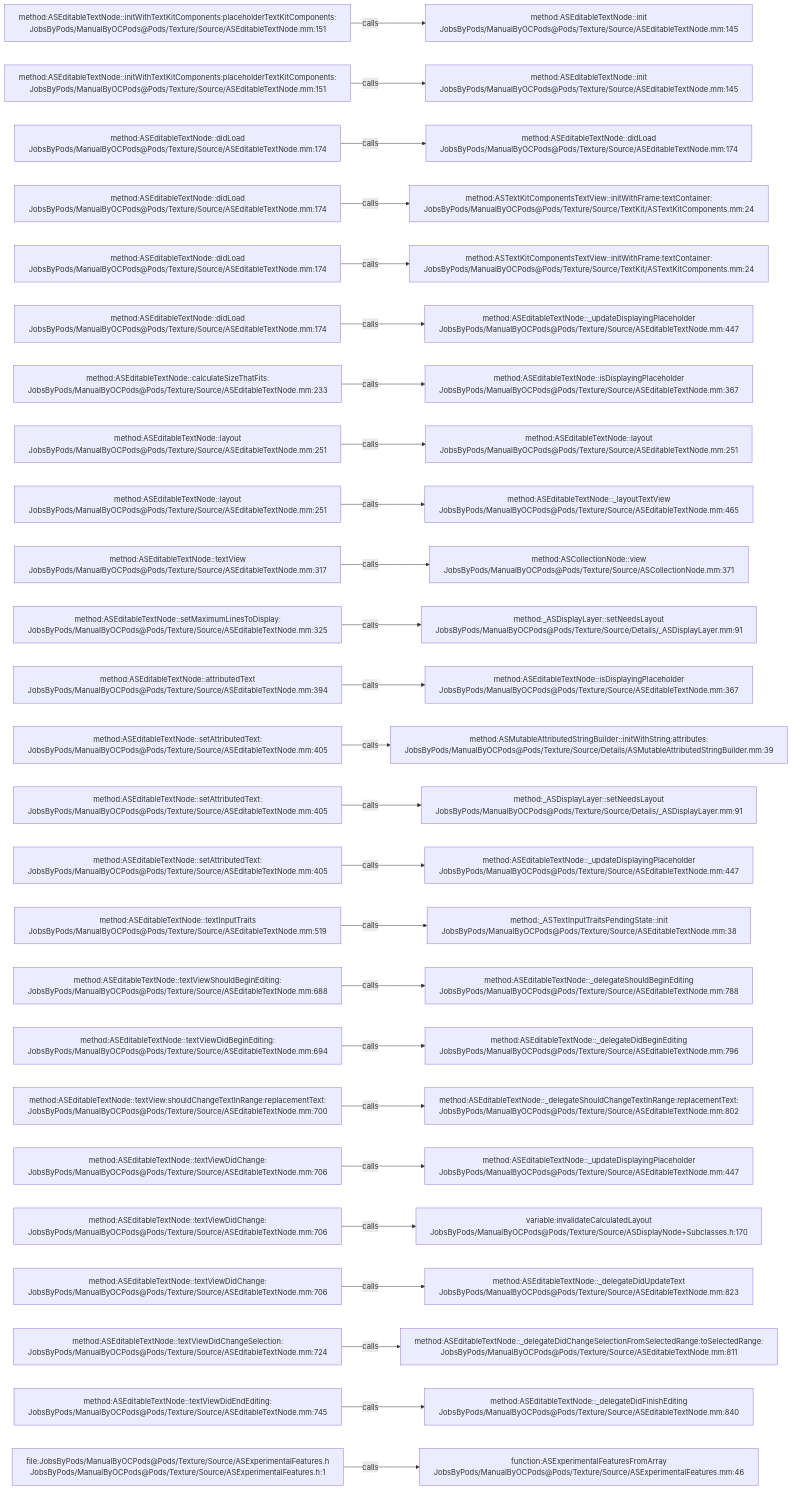
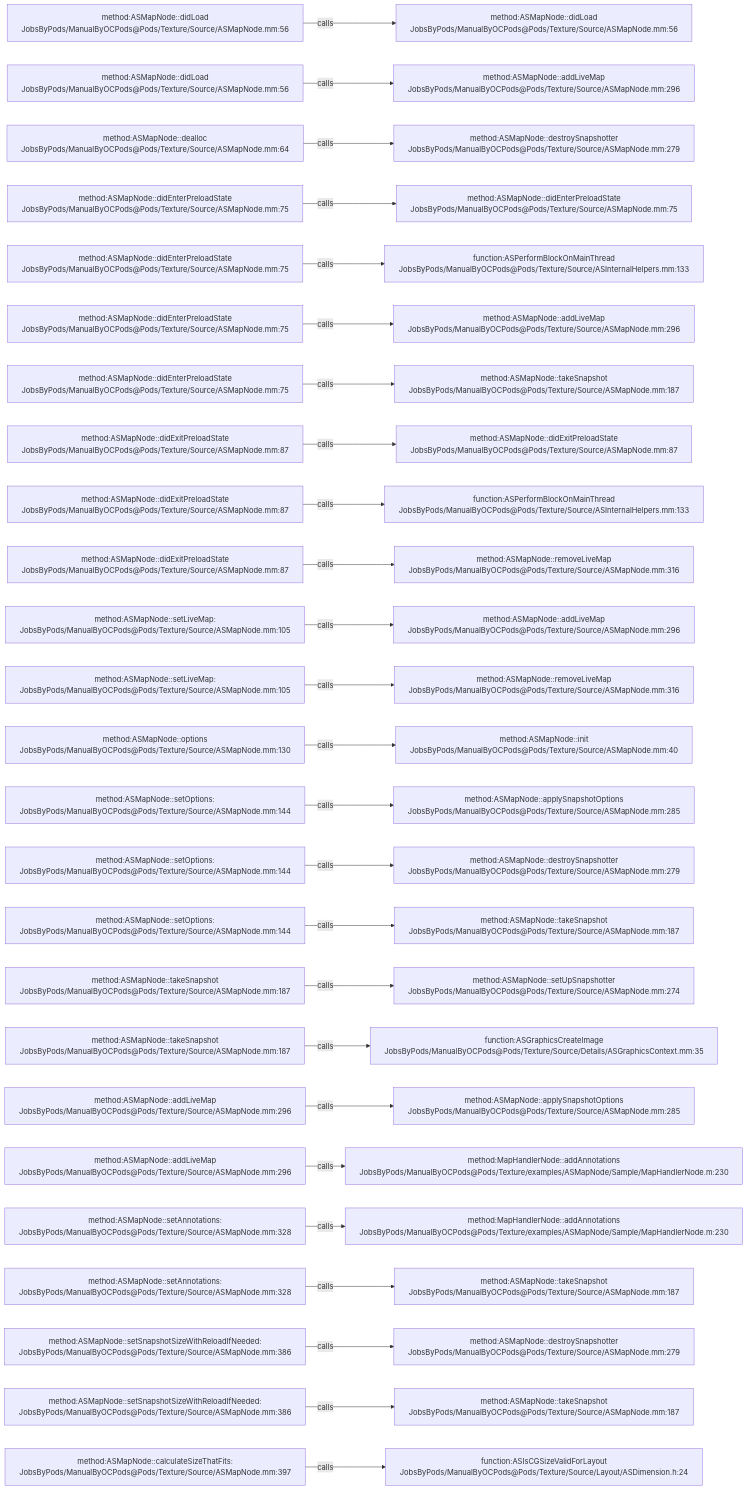
One commit to JobsKits/JobsOCBaseConfigDemo changed the diagram in .codegraph/codegraph.md/graphs/calls-115.md. Above: the diagram before and after it, drawn with Mermaid. The commit also changed 1223 other files, not shown here.

````diff
--- a/.codegraph/codegraph.md/graphs/calls-115.md
+++ b/.codegraph/codegraph.md/graphs/calls-115.md
@@ -13,78 +13,78 @@
 ```mermaid
 flowchart LR
-  S1["method:ASEditableTextNode::initWithTextKitComponents:placeholderTextKitComponents:<br/>JobsByPods/ManualByOCPods@Pods/Texture/Source/ASEditableTextNode.mm:151"]
-  T1["method:ASEditableTextNode::init<br/>JobsByPods/ManualByOCPods@Pods/Texture/Source/ASEditableTextNode.mm:145"]
+  S1["method:ASMapNode::didLoad<br/>JobsByPods/ManualByOCPods@Pods/Texture/Source/ASMapNode.mm:56"]
+  T1["method:ASMapNode::didLoad<br/>JobsByPods/ManualByOCPods@Pods/Texture/Source/ASMapNode.mm:56"]
   S1 -->|calls| T1
-  S2["method:ASEditableTextNode::initWithTextKitComponents:placeholderTextKitComponents:<br/>JobsByPods/ManualByOCPods@Pods/Texture/Source/ASEditableTextNode.mm:151"]
-  T2["method:ASEditableTextNode::init<br/>JobsByPods/ManualByOCPods@Pods/Texture/Source/ASEditableTextNode.mm:145"]
+  S2["method:ASMapNode::didLoad<br/>JobsByPods/ManualByOCPods@Pods/Texture/Source/ASMapNode.mm:56"]
+  T2["method:ASMapNode::addLiveMap<br/>JobsByPods/ManualByOCPods@Pods/Texture/Source/ASMapNode.mm:296"]
   S2 -->|calls| T2
-  S3["method:ASEditableTextNode::didLoad<br/>JobsByPods/ManualByOCPods@Pods/Texture/Source/ASEditableTextNode.mm:174"]
-  T3["method:ASEditableTextNode::didLoad<br/>JobsByPods/ManualByOCPods@Pods/Texture/Source/ASEditableTextNode.mm:174"]
+  S3["method:ASMapNode::dealloc<br/>JobsByPods/ManualByOCPods@Pods/Texture/Source/ASMapNode.mm:64"]
+  T3["method:ASMapNode::destroySnapshotter<br/>JobsByPods/ManualByOCPods@Pods/Texture/Source/ASMapNode.mm:279"]
   S3 -->|calls| T3
-  S4["method:ASEditableTextNode::didLoad<br/>JobsByPods/ManualByOCPods@Pods/Texture/Source/ASEditableTextNode.mm:174"]
-  T4["method:ASTextKitComponentsTextView::initWithFrame:textContainer:<br/>JobsByPods/ManualByOCPods@Pods/Texture/Source/TextKit/ASTextKitComponents.mm:24"]
+  S4["method:ASMapNode::didEnterPreloadState<br/>JobsByPods/ManualByOCPods@Pods/Texture/Source/ASMapNode.mm:75"]
+  T4["method:ASMapNode::didEnterPreloadState<br/>JobsByPods/ManualByOCPods@Pods/Texture/Source/ASMapNode.mm:75"]
   S4 -->|calls| T4
-  S5["method:ASEditableTextNode::didLoad<br/>JobsByPods/ManualByOCPods@Pods/Texture/Source/ASEditableTextNode.mm:174"]
-  T5["method:ASTextKitComponentsTextView::initWithFrame:textContainer:<br/>JobsByPods/ManualByOCPods@Pods/Texture/Source/TextKit/ASTextKitComponents.mm:24"]
+  S5["method:ASMapNode::didEnterPreloadState<br/>JobsByPods/ManualByOCPods@Pods/Texture/Source/ASMapNode.mm:75"]
+  T5["function:ASPerformBlockOnMainThread<br/>JobsByPods/ManualByOCPods@Pods/Texture/Source/ASInternalHelpers.mm:133"]
   S5 -->|calls| T5
-  S6["method:ASEditableTextNode::didLoad<br/>JobsByPods/ManualByOCPods@Pods/Texture/Source/ASEditableTextNode.mm:174"]
-  T6["method:ASEditableTextNode::_updateDisplayingPlaceholder<br/>JobsByPods/ManualByOCPods@Pods/Texture/Source/ASEditableTextNode.mm:447"]
+  S6["method:ASMapNode::didEnterPreloadState<br/>JobsByPods/ManualByOCPods@Pods/Texture/Source/ASMapNode.mm:75"]
+  T6["method:ASMapNode::addLiveMap<br/>JobsByPods/ManualByOCPods@Pods/Texture/Source/ASMapNode.mm:296"]
   S6 -->|calls| T6
-  S7["method:ASEditableTextNode::calculateSizeThatFits:<br/>JobsByPods/ManualByOCPods@Pods/Texture/Source/ASEditableTextNode.mm:233"]
-  T7["method:ASEditableTextNode::isDisplayingPlaceholder<br/>JobsByPods/ManualByOCPods@Pods/Texture/Source/ASEditableTextNode.mm:367"]
+  S7["method:ASMapNode::didEnterPreloadState<br/>JobsByPods/ManualByOCPods@Pods/Texture/Source/ASMapNode.mm:75"]
+  T7["method:ASMapNode::takeSnapshot<br/>JobsByPods/ManualByOCPods@Pods/Texture/Source/ASMapNode.mm:187"]
   S7 -->|calls| T7
-  S8["method:ASEditableTextNode::layout<br/>JobsByPods/ManualByOCPods@Pods/Texture/Source/ASEditableTextNode.mm:251"]
-  T8["method:ASEditableTextNode::layout<br/>JobsByPods/ManualByOCPods@Pods/Texture/Source/ASEditableTextNode.mm:251"]
+  S8["method:ASMapNode::didExitPreloadState<br/>JobsByPods/ManualByOCPods@Pods/Texture/Source/ASMapNode.mm:87"]
+  T8["method:ASMapNode::didExitPreloadState<br/>JobsByPods/ManualByOCPods@Pods/Texture/Source/ASMapNode.mm:87"]
   S8 -->|calls| T8
-  S9["method:ASEditableTextNode::layout<br/>JobsByPods/ManualByOCPods@Pods/Texture/Source/ASEditableTextNode.mm:251"]
-  T9["method:ASEditableTextNode::_layoutTextView<br/>JobsByPods/ManualByOCPods@Pods/Texture/Source/ASEditableTextNode.mm:465"]
+  S9["method:ASMapNode::didExitPreloadState<br/>JobsByPods/ManualByOCPods@Pods/Texture/Source/ASMapNode.mm:87"]
+  T9["function:ASPerformBlockOnMainThread<br/>JobsByPods/ManualByOCPods@Pods/Texture/Source/ASInternalHelpers.mm:133"]
   S9 -->|calls| T9
-  S10["method:ASEditableTextNode::textView<br/>JobsByPods/ManualByOCPods@Pods/Texture/Source/ASEditableTextNode.mm:317"]
-  T10["method:ASCollectionNode::view<br/>JobsByPods/ManualByOCPods@Pods/Texture/Source/ASCollectionNode.mm:371"]
+  S10["method:ASMapNode::didExitPreloadState<br/>JobsByPods/ManualByOCPods@Pods/Texture/Source/ASMapNode.mm:87"]
+  T10["method:ASMapNode::removeLiveMap<br/>JobsByPods/ManualByOCPods@Pods/Texture/Source/ASMapNode.mm:316"]
   S10 -->|calls| T10
-  S11["method:ASEditableTextNode::setMaximumLinesToDisplay:<br/>JobsByPods/ManualByOCPods@Pods/Texture/Source/ASEditableTextNode.mm:325"]
-  T11["method:_ASDisplayLayer::setNeedsLayout<br/>JobsByPods/ManualByOCPods@Pods/Texture/Source/Details/_ASDisplayLayer.mm:91"]
+  S11["method:ASMapNode::setLiveMap:<br/>JobsByPods/ManualByOCPods@Pods/Texture/Source/ASMapNode.mm:105"]
+  T11["method:ASMapNode::addLiveMap<br/>JobsByPods/ManualByOCPods@Pods/Texture/Source/ASMapNode.mm:296"]
   S11 -->|calls| T11
-  S12["method:ASEditableTextNode::attributedText<br/>JobsByPods/ManualByOCPods@Pods/Texture/Source/ASEditableTextNode.mm:394"]
-  T12["method:ASEditableTextNode::isDisplayingPlaceholder<br/>JobsByPods/ManualByOCPods@Pods/Texture/Source/ASEditableTextNode.mm:367"]
+  S12["method:ASMapNode::setLiveMap:<br/>JobsByPods/ManualByOCPods@Pods/Texture/Source/ASMapNode.mm:105"]
+  T12["method:ASMapNode::removeLiveMap<br/>JobsByPods/ManualByOCPods@Pods/Texture/Source/ASMapNode.mm:316"]
   S12 -->|calls| T12
-  S13["method:ASEditableTextNode::setAttributedText:<br/>JobsByPods/ManualByOCPods@Pods/Texture/Source/ASEditableTextNode.mm:405"]
-  T13["method:ASMutableAttributedStringBuilder::initWithString:attributes:<br/>JobsByPods/ManualByOCPods@Pods/Texture/Source/Details/ASMutableAttributedStringBuilder.mm:39"]
+  S13["method:ASMapNode::options<br/>JobsByPods/ManualByOCPods@Pods/Texture/Source/ASMapNode.mm:130"]
+  T13["method:ASMapNode::init<br/>JobsByPods/ManualByOCPods@Pods/Texture/Source/ASMapNode.mm:40"]
   S13 -->|calls| T13
-  S14["method:ASEditableTextNode::setAttributedText:<br/>JobsByPods/ManualByOCPods@Pods/Texture/Source/ASEditableTextNode.mm:405"]
-  T14["method:_ASDisplayLayer::setNeedsLayout<br/>JobsByPods/ManualByOCPods@Pods/Texture/Source/Details/_ASDisplayLayer.mm:91"]
+  S14["method:ASMapNode::setOptions:<br/>JobsByPods/ManualByOCPods@Pods/Texture/Source/ASMapNode.mm:144"]
+  T14["method:ASMapNode::applySnapshotOptions<br/>JobsByPods/ManualByOCPods@Pods/Texture/Source/ASMapNode.mm:285"]
   S14 -->|calls| T14
-  S15["method:ASEditableTextNode::setAttributedText:<br/>JobsByPods/ManualByOCPods@Pods/Texture/Source/ASEditableTextNode.mm:405"]
-  T15["method:ASEditableTextNode::_updateDisplayingPlaceholder<br/>JobsByPods/ManualByOCPods@Pods/Texture/Source/ASEditableTextNode.mm:447"]
+  S15["method:ASMapNode::setOptions:<br/>JobsByPods/ManualByOCPods@Pods/Texture/Source/ASMapNode.mm:144"]
+  T15["method:ASMapNode::destroySnapshotter<br/>JobsByPods/ManualByOCPods@Pods/Texture/Source/ASMapNode.mm:279"]
   S15 -->|calls| T15
-  S16["method:ASEditableTextNode::textInputTraits<br/>JobsByPods/ManualByOCPods@Pods/Texture/Source/ASEditableTextNode.mm:519"]
-  T16["method:_ASTextInputTraitsPendingState::init<br/>JobsByPods/ManualByOCPods@Pods/Texture/Source/ASEditableTextNode.mm:38"]
+  S16["method:ASMapNode::setOptions:<br/>JobsByPods/ManualByOCPods@Pods/Texture/Source/ASMapNode.mm:144"]
+  T16["method:ASMapNode::takeSnapshot<br/>JobsByPods/ManualByOCPods@Pods/Texture/Source/ASMapNode.mm:187"]
   S16 -->|calls| T16
-  S17["method:ASEditableTextNode::textViewShouldBeginEditing:<br/>JobsByPods/ManualByOCPods@Pods/Texture/Source/ASEditableTextNode.mm:688"]
-  T17["method:ASEditableTextNode::_delegateShouldBeginEditing<br/>JobsByPods/ManualByOCPods@Pods/Texture/Source/ASEditableTextNode.mm:788"]
+  S17["method:ASMapNode::takeSnapshot<br/>JobsByPods/ManualByOCPods@Pods/Texture/Source/ASMapNode.mm:187"]
+  T17["method:ASMapNode::setUpSnapshotter<br/>JobsByPods/ManualByOCPods@Pods/Texture/Source/ASMapNode.mm:274"]
   S17 -->|calls| T17
-  S18["method:ASEditableTextNode::textViewDidBeginEditing:<br/>JobsByPods/ManualByOCPods@Pods/Texture/Source/ASEditableTextNode.mm:694"]
-  T18["method:ASEditableTextNode::_delegateDidBeginEditing<br/>JobsByPods/ManualByOCPods@Pods/Texture/Source/ASEditableTextNode.mm:796"]
+  S18["method:ASMapNode::takeSnapshot<br/>JobsByPods/ManualByOCPods@Pods/Texture/Source/ASMapNode.mm:187"]
+  T18["function:ASGraphicsCreateImage<br/>JobsByPods/ManualByOCPods@Pods/Texture/Source/Details/ASGraphicsContext.mm:35"]
   S18 -->|calls| T18
-  S19["method:ASEditableTextNode::textView:shouldChangeTextInRange:replacementText:<br/>JobsByPods/ManualByOCPods@Pods/Texture/Source/ASEditableTextNode.mm:700"]
-  T19["method:ASEditableTextNode::_delegateShouldChangeTextInRange:replacementText:<br/>JobsByPods/ManualByOCPods@Pods/Texture/Source/ASEditableTextNode.mm:802"]
+  S19["method:ASMapNode::addLiveMap<br/>JobsByPods/ManualByOCPods@Pods/Texture/Source/ASMapNode.mm:296"]
+  T19["method:ASMapNode::applySnapshotOptions<br/>JobsByPods/ManualByOCPods@Pods/Texture/Source/ASMapNode.mm:285"]
   S19 -->|calls| T19
-  S20["method:ASEditableTextNode::textViewDidChange:<br/>JobsByPods/ManualByOCPods@Pods/Texture/Source/ASEditableTextNode.mm:706"]
-  T20["method:ASEditableTextNode::_updateDisplayingPlaceholder<br/>JobsByPods/ManualByOCPods@Pods/Texture/Source/ASEditableTextNode.mm:447"]
+  S20["method:ASMapNode::addLiveMap<br/>JobsByPods/ManualByOCPods@Pods/Texture/Source/ASMapNode.mm:296"]
+  T20["method:MapHandlerNode::addAnnotations<br/>JobsByPods/ManualByOCPods@Pods/Texture/examples/ASMapNode/Sample/MapHandlerNode.m:230"]
   S20 -->|calls| T20
-  S21["method:ASEditableTextNode::textViewDidChange:<br/>JobsByPods/ManualByOCPods@Pods/Texture/Source/ASEditableTextNode.mm:706"]
-  T21["variable:invalidateCalculatedLayout<br/>JobsByPods/ManualByOCPods@Pods/Texture/Source/ASDisplayNode+Subclasses.h:170"]
+  S21["method:ASMapNode::setAnnotations:<br/>JobsByPods/ManualByOCPods@Pods/Texture/Source/ASMapNode.mm:328"]
+  T21["method:MapHandlerNode::addAnnotations<br/>JobsByPods/ManualByOCPods@Pods/Texture/examples/ASMapNode/Sample/MapHandlerNode.m:230"]
   S21 -->|calls| T21
-  S22["method:ASEditableTextNode::textViewDidChange:<br/>JobsByPods/ManualByOCPods@Pods/Texture/Source/ASEditableTextNode.mm:706"]
-  T22["method:ASEditableTextNode::_delegateDidUpdateText<br/>JobsByPods/ManualByOCPods@Pods/Texture/Source/ASEditableTextNode.mm:823"]
+  S22["method:ASMapNode::setAnnotations:<br/>JobsByPods/ManualByOCPods@Pods/Texture/Source/ASMapNode.mm:328"]
+  T22["method:ASMapNode::takeSnapshot<br/>JobsByPods/ManualByOCPods@Pods/Texture/Source/ASMapNode.mm:187"]
   S22 -->|calls| T22
-  S23["method:ASEditableTextNode::textViewDidChangeSelection:<br/>JobsByPods/ManualByOCPods@Pods/Texture/Source/ASEditableTextNode.mm:724"]
-  T23["method:ASEditableTextNode::_delegateDidChangeSelectionFromSelectedRange:toSelectedRange:<br/>JobsByPods/ManualByOCPods@Pods/Texture/Source/ASEditableTextNode.mm:811"]
+  S23["method:ASMapNode::setSnapshotSizeWithReloadIfNeeded:<br/>JobsByPods/ManualByOCPods@Pods/Texture/Source/ASMapNode.mm:386"]
+  T23["method:ASMapNode::destroySnapshotter<br/>JobsByPods/ManualByOCPods@Pods/Texture/Source/ASMapNode.mm:279"]
   S23 -->|calls| T23
-  S24["method:ASEditableTextNode::textViewDidEndEditing:<br/>JobsByPods/ManualByOCPods@Pods/Texture/Source/ASEditableTextNode.mm:745"]
-  T24["method:ASEditableTextNode::_delegateDidFinishEditing<br/>JobsByPods/ManualByOCPods@Pods/Texture/Source/ASEditableTextNode.mm:840"]
+  S24["method:ASMapNode::setSnapshotSizeWithReloadIfNeeded:<br/>JobsByPods/ManualByOCPods@Pods/Texture/Source/ASMapNode.mm:386"]
+  T24["method:ASMapNode::takeSnapshot<br/>JobsByPods/ManualByOCPods@Pods/Texture/Source/ASMapNode.mm:187"]
   S24 -->|calls| T24
-  S25["file:JobsByPods/ManualByOCPods@Pods/Texture/Source/ASExperimentalFeatures.h<br/>JobsByPods/ManualByOCPods@Pods/Texture/Source/ASExperimentalFeatures.h:1"]
-  T25["function:ASExperimentalFeaturesFromArray<br/>JobsByPods/ManualByOCPods@Pods/Texture/Source/ASExperimentalFeatures.mm:46"]
+  S25["method:ASMapNode::calculateSizeThatFits:<br/>JobsByPods/ManualByOCPods@Pods/Texture/Source/ASMapNode.mm:397"]
+  T25["function:ASIsCGSizeValidForLayout<br/>JobsByPods/ManualByOCPods@Pods/Texture/Source/Layout/ASDimension.h:24"]
   S25 -->|calls| T25
 ```
````
